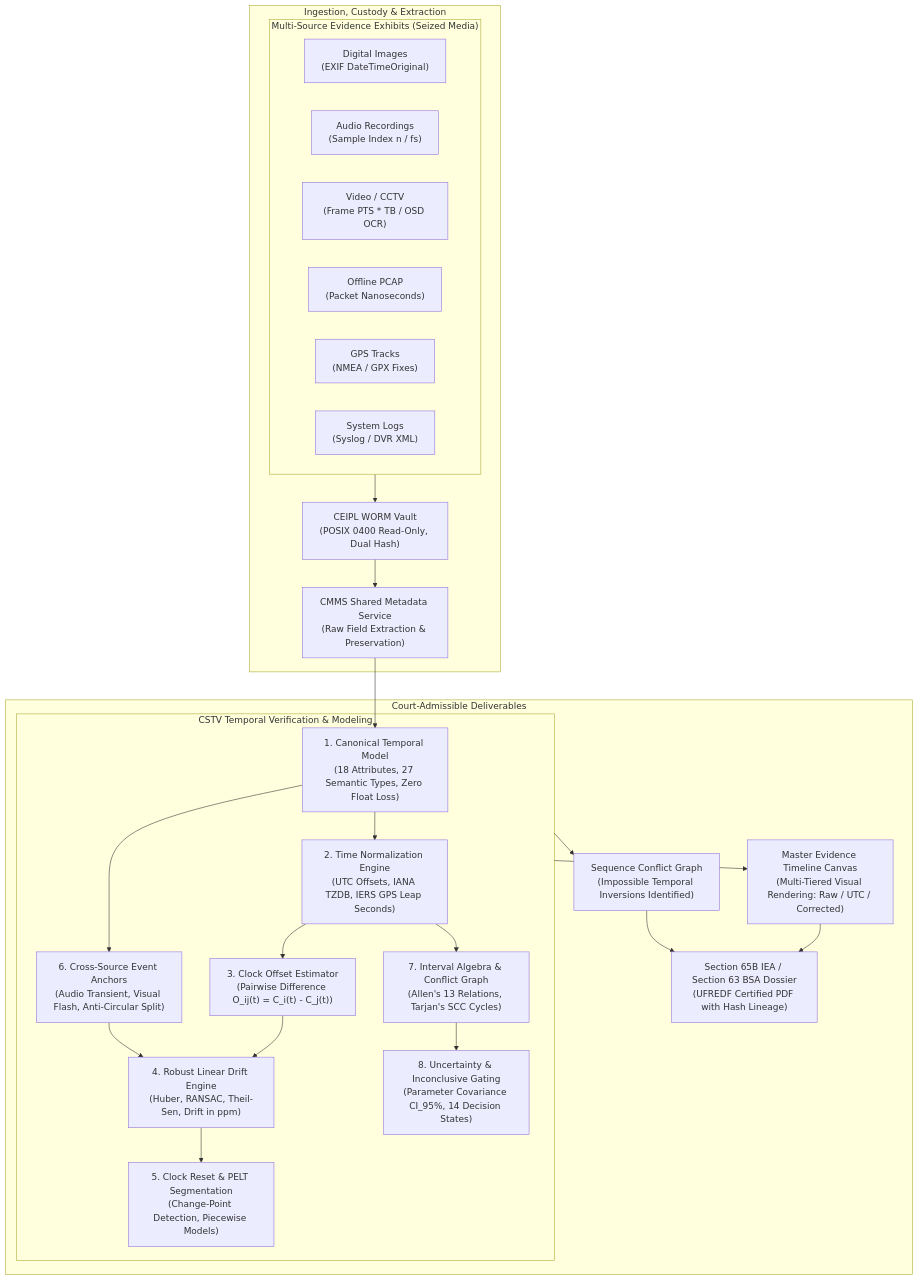
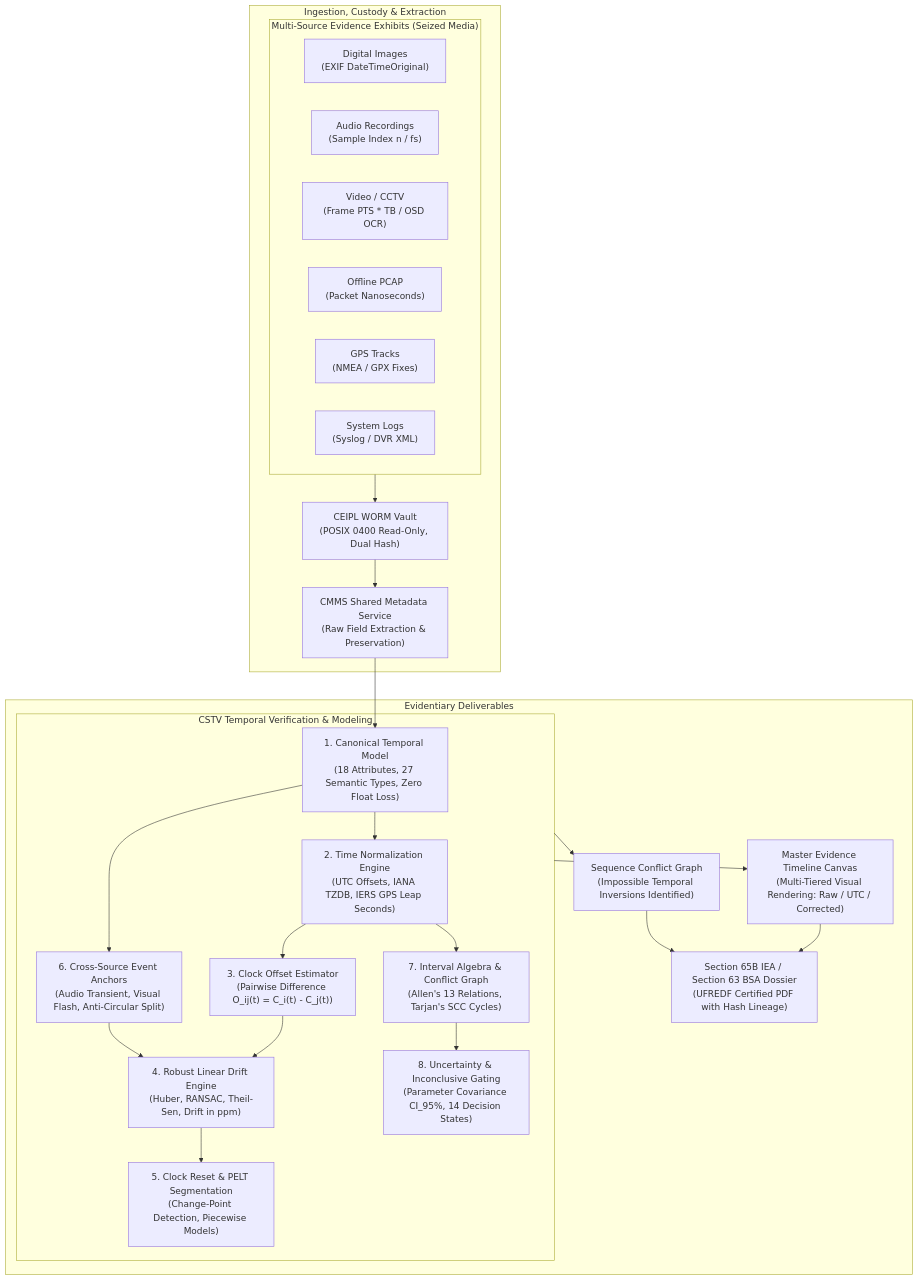
The tenth of 15 diagrams in README.md (Subhadip-Paul2006/BHack-Docs), drawn with Mermaid before and after one commit. The commit also changed other lines of this file and 1 other file, not shown here.

````diff
--- a/README.md
+++ b/README.md
@@ -1184,42 +1184,42 @@
 ```mermaid
 flowchart TD
     subgraph SOURCES["Multi-Source Evidence Exhibits (Seized Media)"]
         IMG["Digital Images\n(EXIF DateTimeOriginal)"]
         AUD["Audio Recordings\n(Sample Index n / fs)"]
         VID["Video / CCTV\n(Frame PTS * TB / OSD OCR)"]
         NET["Offline PCAP\n(Packet Nanoseconds)"]
         GPS_SRC["GPS Tracks\n(NMEA / GPX Fixes)"]
         LOGS["System Logs\n(Syslog / DVR XML)"]
     end
 
     subgraph CMMS_CEIPL["Ingestion, Custody & Extraction"]
         CEIPL_VAULT["CEIPL WORM Vault\n(POSIX 0400 Read-Only, Dual Hash)"]
         CMMS_EXTRACT["CMMS Shared Metadata Service\n(Raw Field Extraction & Preservation)"]
         SOURCES --> CEIPL_VAULT --> CMMS_EXTRACT
     end
 
     subgraph CSTV_CORE["CSTV Temporal Verification & Modeling"]
         CANONICAL["1. Canonical Temporal Model\n(18 Attributes, 27 Semantic Types, Zero Float Loss)"]
         NORMALIZER["2. Time Normalization Engine\n(UTC Offsets, IANA TZDB, IERS GPS Leap Seconds)"]
         OFFSET_ENG["3. Clock Offset Estimator\n(Pairwise Difference O_ij(t) = C_i(t) - C_j(t))"]
         DRIFT_ENG["4. Robust Linear Drift Engine\n(Huber, RANSAC, Theil-Sen, Drift in ppm)"]
         RESET_ENG["5. Clock Reset & PELT Segmentation\n(Change-Point Detection, Piecewise Models)"]
         ANCHOR_ENG["6. Cross-Source Event Anchors\n(Audio Transient, Visual Flash, Anti-Circular Split)"]
         INTERVAL_ENG["7. Interval Algebra & Conflict Graph\n(Allen's 13 Relations, Tarjan's SCC Cycles)"]
         UNCERT_ENG["8. Uncertainty & Inconclusive Gating\n(Parameter Covariance CI_95%, 14 Decision States)"]
 
         CMMS_EXTRACT --> CANONICAL --> NORMALIZER
         NORMALIZER --> OFFSET_ENG --> DRIFT_ENG --> RESET_ENG
         CANONICAL --> ANCHOR_ENG --> DRIFT_ENG
         NORMALIZER --> INTERVAL_ENG --> UNCERT_ENG
     end
 
-    subgraph DELIVERABLES["Court-Admissible Deliverables"]
+    subgraph DELIVERABLES["Evidentiary Deliverables"]
         TIMELINE["Master Evidence Timeline Canvas\n(Multi-Tiered Visual Rendering: Raw / UTC / Corrected)"]
         CONFLICT_REPORT["Sequence Conflict Graph\n(Impossible Temporal Inversions Identified)"]
         LEGAL_DOSSIER["Section 65B IEA / Section 63 BSA Dossier\n(UFREDF Certified PDF with Hash Lineage)"]
 
         CSTV_CORE --> TIMELINE & CONFLICT_REPORT
         TIMELINE & CONFLICT_REPORT --> LEGAL_DOSSIER
     end
 ```
````
